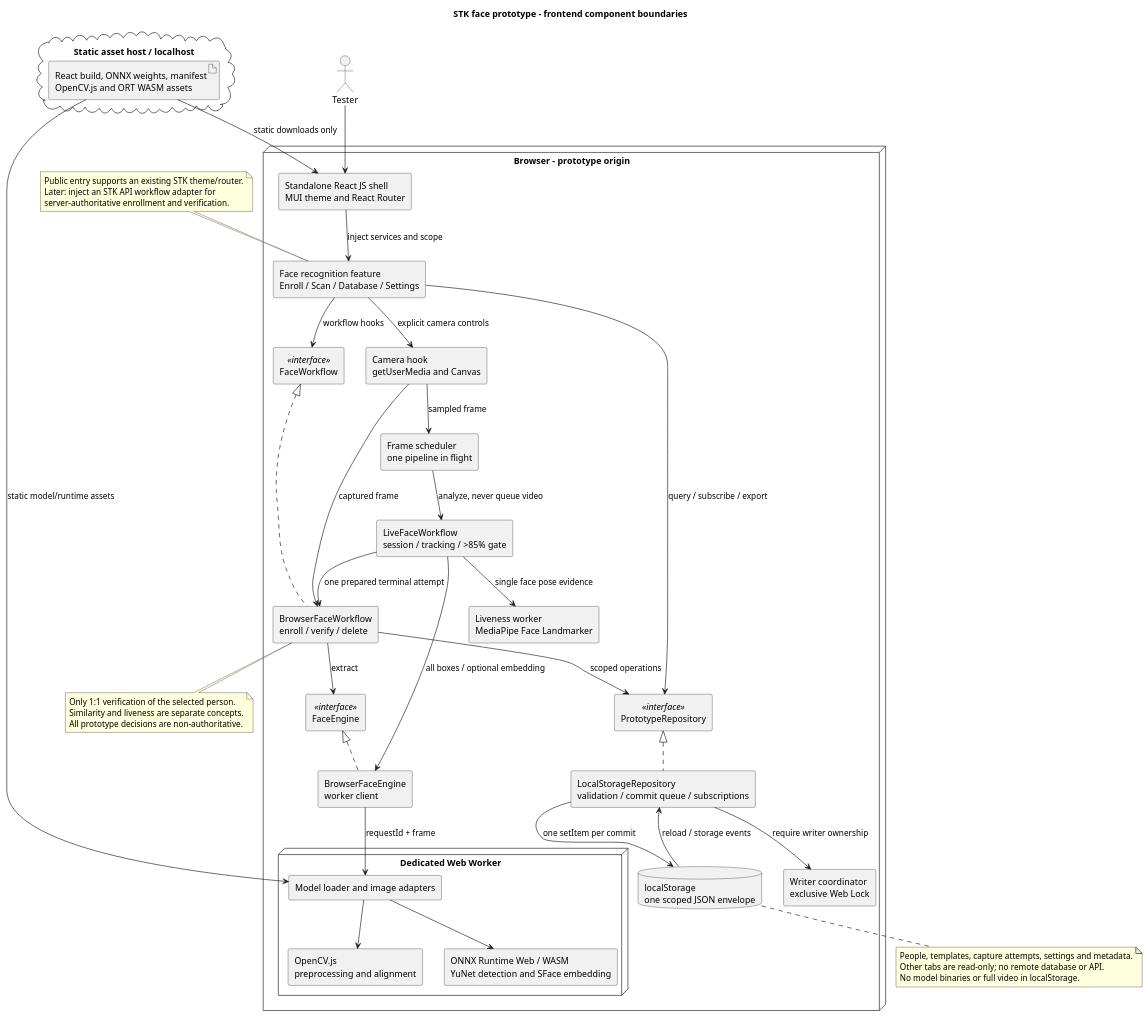
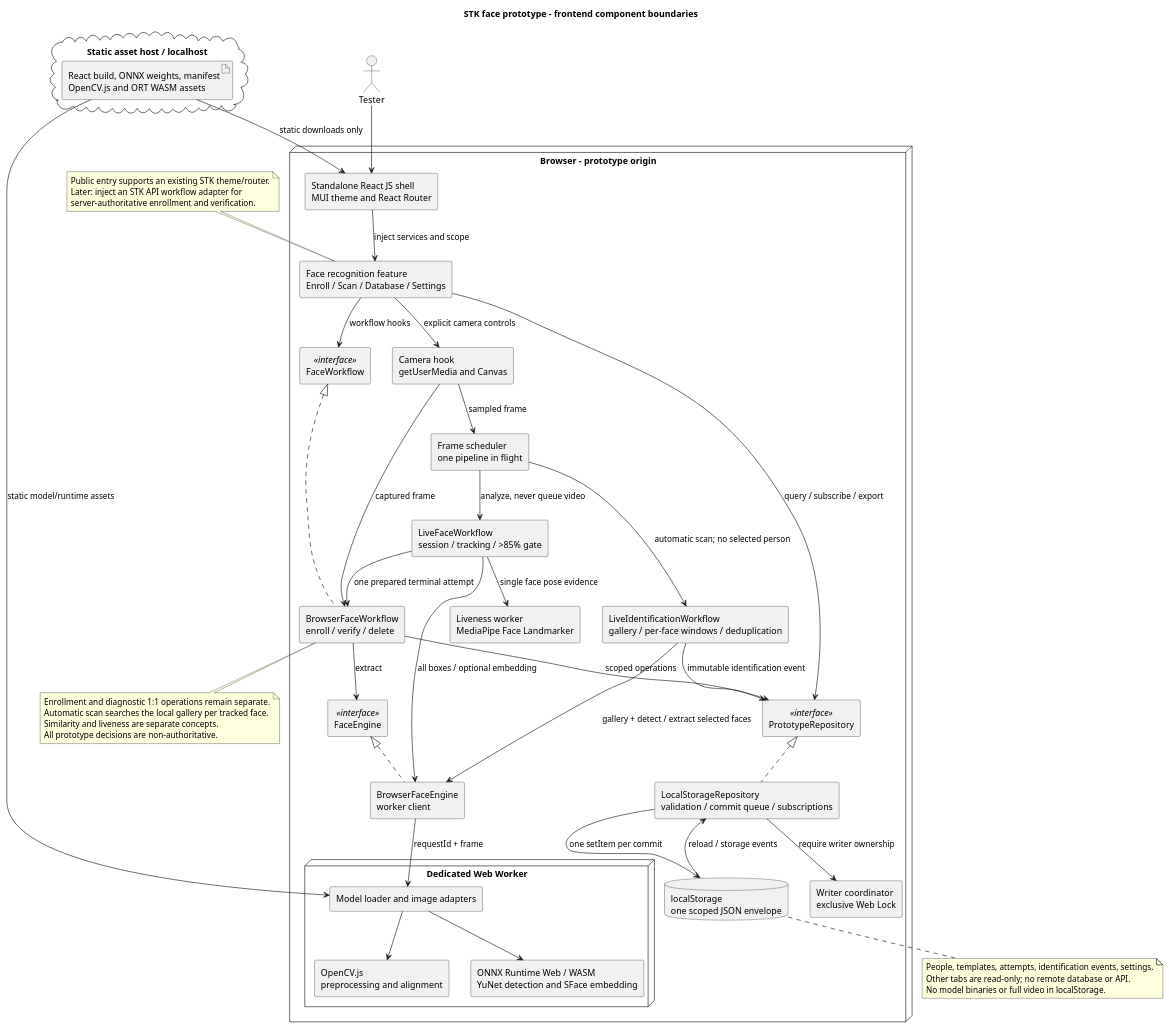
The first of 8 diagrams in docs/STK_FACE_RECOGNITION_PROTOTYPE_UML.puml (pixelDigitTony/face-recog-prototype), drawn with PlantUML before and after one commit. The commit also changed other lines of this file and 40 other files, not shown here.

```diff
--- a/docs/STK_FACE_RECOGNITION_PROTOTYPE_UML.puml
+++ b/docs/STK_FACE_RECOGNITION_PROTOTYPE_UML.puml
@@ -5,76 +5,81 @@
 @startuml stk_face_prototype_components
 title STK face prototype - frontend component boundaries
 top to bottom direction
 skinparam componentStyle rectangle
 skinparam shadowing false
 
 actor Tester
 cloud "Static asset host / localhost" as Assets {
   artifact "React build, ONNX weights, manifest\nOpenCV.js and ORT WASM assets" as Files
 }
 
 node "Browser - prototype origin" as Browser {
   component "Standalone React JS shell\nMUI theme and React Router" as Shell
   component "Face recognition feature\nEnroll / Scan / Database / Settings" as Feature
   component "FaceWorkflow" as WorkflowPort <<interface>>
   component "BrowserFaceWorkflow\nenroll / verify / delete" as Workflow
   component "PrototypeRepository" as RepositoryPort <<interface>>
   component "LocalStorageRepository\nvalidation / commit queue / subscriptions" as Repository
   component "Writer coordinator\nexclusive Web Lock" as Writer
   database "localStorage\none scoped JSON envelope" as Storage
   component "FaceEngine" as EnginePort <<interface>>
   component "BrowserFaceEngine\nworker client" as Engine
   component "Camera hook\ngetUserMedia and Canvas" as Camera
   component "LiveFaceWorkflow\nsession / tracking / >85% gate" as Live
+  component "LiveIdentificationWorkflow\ngallery / per-face windows / deduplication" as Identify
   component "Frame scheduler\none pipeline in flight" as Scheduler
   component "Liveness worker\nMediaPipe Face Landmarker" as Liveness
   node "Dedicated Web Worker" as Worker {
     component "Model loader and image adapters" as Adapters
     component "OpenCV.js\npreprocessing and alignment" as CV
     component "ONNX Runtime Web / WASM\nYuNet detection and SFace embedding" as ORT
   }
 }
 
 Tester --> Shell
 Shell --> Feature : inject services and scope
 Feature --> WorkflowPort : workflow hooks
 WorkflowPort <|.. Workflow
 Feature --> RepositoryPort : query / subscribe / export
 Feature --> Camera : explicit camera controls
 Camera --> Workflow : captured frame
 Camera --> Scheduler : sampled frame
 Scheduler --> Live : analyze, never queue video
+Scheduler --> Identify : automatic scan; no selected person
+Identify --> Engine : gallery + detect / extract selected faces
+Identify --> RepositoryPort : immutable identification event
 Live --> Engine : all boxes / optional embedding
 Live --> Liveness : single face pose evidence
 Live --> Workflow : one prepared terminal attempt
 Workflow --> RepositoryPort : scoped operations
 RepositoryPort <|.. Repository
 Repository --> Writer : require writer ownership
 Repository --> Storage : one setItem per commit
 Storage --> Repository : reload / storage events
 Workflow --> EnginePort : extract
 EnginePort <|.. Engine
 Engine --> Adapters : requestId + frame
 Adapters --> CV
 Adapters --> ORT
 Files --> Shell : static downloads only
 Files --> Adapters : static model/runtime assets
 
 note bottom of Workflow
-  Only 1:1 verification of the selected person.
+  Enrollment and diagnostic 1:1 operations remain separate.
+  Automatic scan searches the local gallery per tracked face.
   Similarity and liveness are separate concepts.
   All prototype decisions are non-authoritative.
 end note
 
 note bottom of Storage
-  People, templates, capture attempts, settings and metadata.
+  People, templates, attempts, identification events, settings.
   Other tabs are read-only; no remote database or API.
   No model binaries or full video in localStorage.
 end note
 
 note top of Feature
   Public entry supports an existing STK theme/router.
   Later: inject an STK API workflow adapter for
   server-authoritative enrollment and verification.
 end note
 @enduml
```
